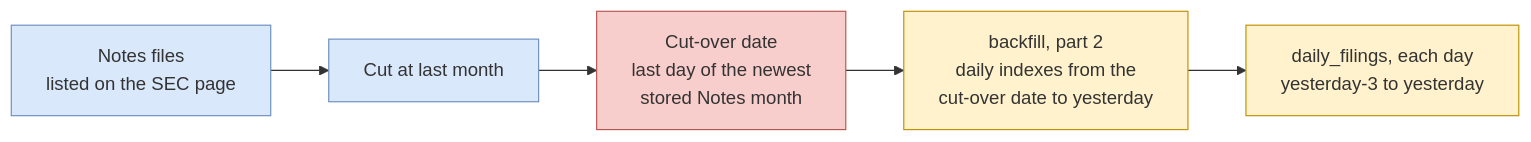
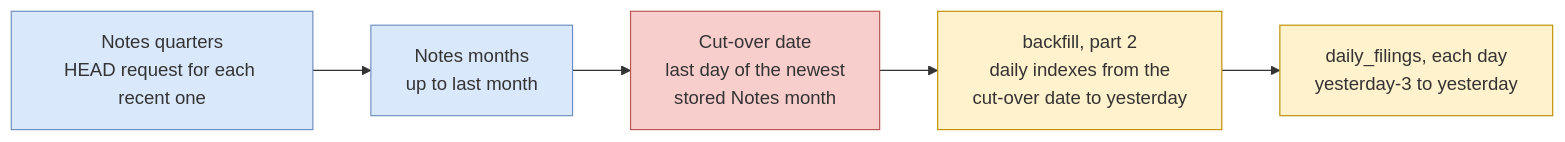
The third of 4 diagrams in sec/design/pipeline/extraction_overview.md (ironcapitaleu/arkad), drawn with Mermaid before and after one commit. The commit also changed other lines of this file and 10 other files, not shown here.

First line of the commit message:
feat(sec): ask the SEC which recent quarters it has merged

````diff
--- a/sec/design/pipeline/extraction_overview.md
+++ b/sec/design/pipeline/extraction_overview.md
@@ -195,11 +195,11 @@
 ```mermaid
 flowchart LR
     classDef notes fill:#dae8fc,stroke:#6c8ebf
     classDef daily fill:#fff2cc,stroke:#bf9000
     classDef cut fill:#f8cecc,stroke:#b85450
 
-    Q["Notes files<br/>listed on the SEC page"]:::notes --> M["Cut at last month"]:::notes
+    Q["Notes quarters<br/>HEAD request for each recent one"]:::notes --> M["Notes months<br/>up to last month"]:::notes
     M --> C["Cut-over date<br/>last day of the newest<br/>stored Notes month"]:::cut
     C --> K["backfill, part 2<br/>daily indexes from the<br/>cut-over date to yesterday"]:::daily
     K --> W["daily_filings, each day<br/>yesterday-3 to yesterday"]:::daily
 ```
````
